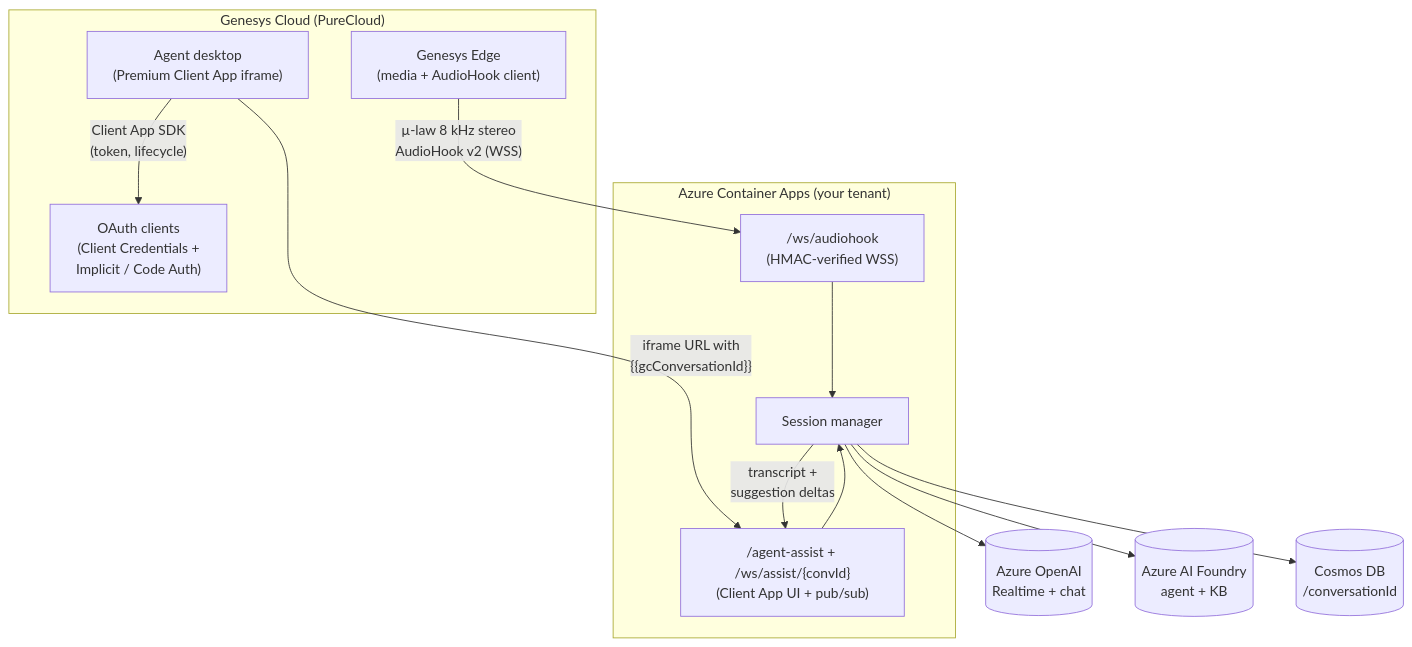
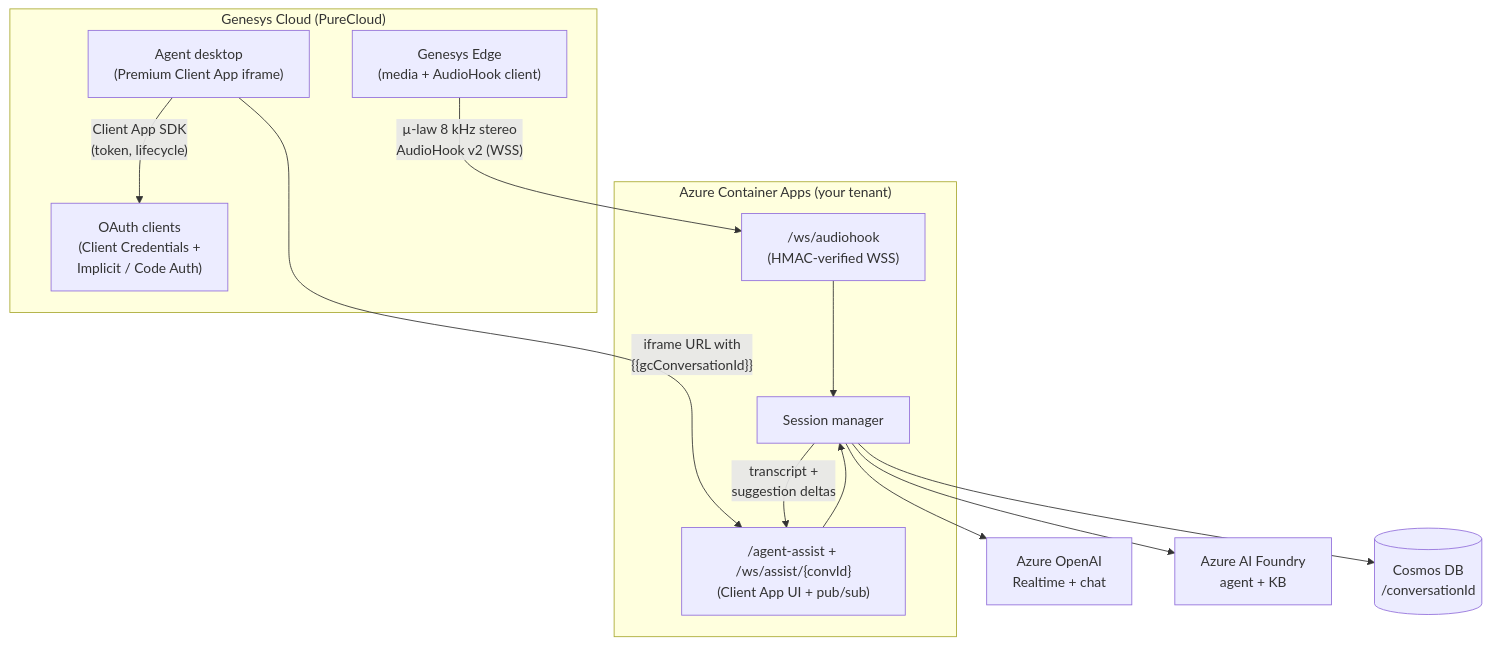
Before and after one commit to asevillano/Genesys_Cloud_Agent_Assist: the second of 2 diagrams in README.md, drawn with Mermaid. The commit also changed other lines of this file, not shown here.

````diff
--- a/README.md
+++ b/README.md
@@ -358,28 +358,28 @@
 ```mermaid
 flowchart TB
     subgraph GC["Genesys Cloud (PureCloud)"]
         EDGE["Genesys Edge<br/>(media + AudioHook client)"]
         DESKTOP["Agent desktop<br/>(Premium Client App iframe)"]
         OAUTH["OAuth clients<br/>(Client Credentials +<br/>Implicit / Code Auth)"]
     end
 
     subgraph ACA["Azure Container Apps (your tenant)"]
         WSAH["/ws/audiohook<br/>(HMAC-verified WSS)"]
         WSAA["/agent-assist + /ws/assist/{convId}<br/>(Client App UI + pub/sub)"]
         SM2["Session manager"]
     end
 
-    AOAI2[(Azure OpenAI<br/>Realtime + chat)]
-    FOUNDRY2[(Azure AI Foundry<br/>agent + KB)]
+    AOAI2["Azure OpenAI<br/>Realtime + chat"]
+    FOUNDRY2["Azure AI Foundry<br/>agent + KB"]
     COSMOS2[(Cosmos DB<br/>/conversationId)]
 
     EDGE -- "µ-law 8 kHz stereo<br/>AudioHook v2 (WSS)" --> WSAH
     DESKTOP -- "iframe URL with<br/>{{gcConversationId}}" --> WSAA
     DESKTOP -- "Client App SDK<br/>(token, lifecycle)" --> OAUTH
     WSAH --> SM2
     WSAA --> SM2
     SM2 --> AOAI2
     SM2 --> FOUNDRY2
     SM2 --> COSMOS2
     SM2 -- "transcript +<br/>suggestion deltas" --> WSAA
 ```
````
